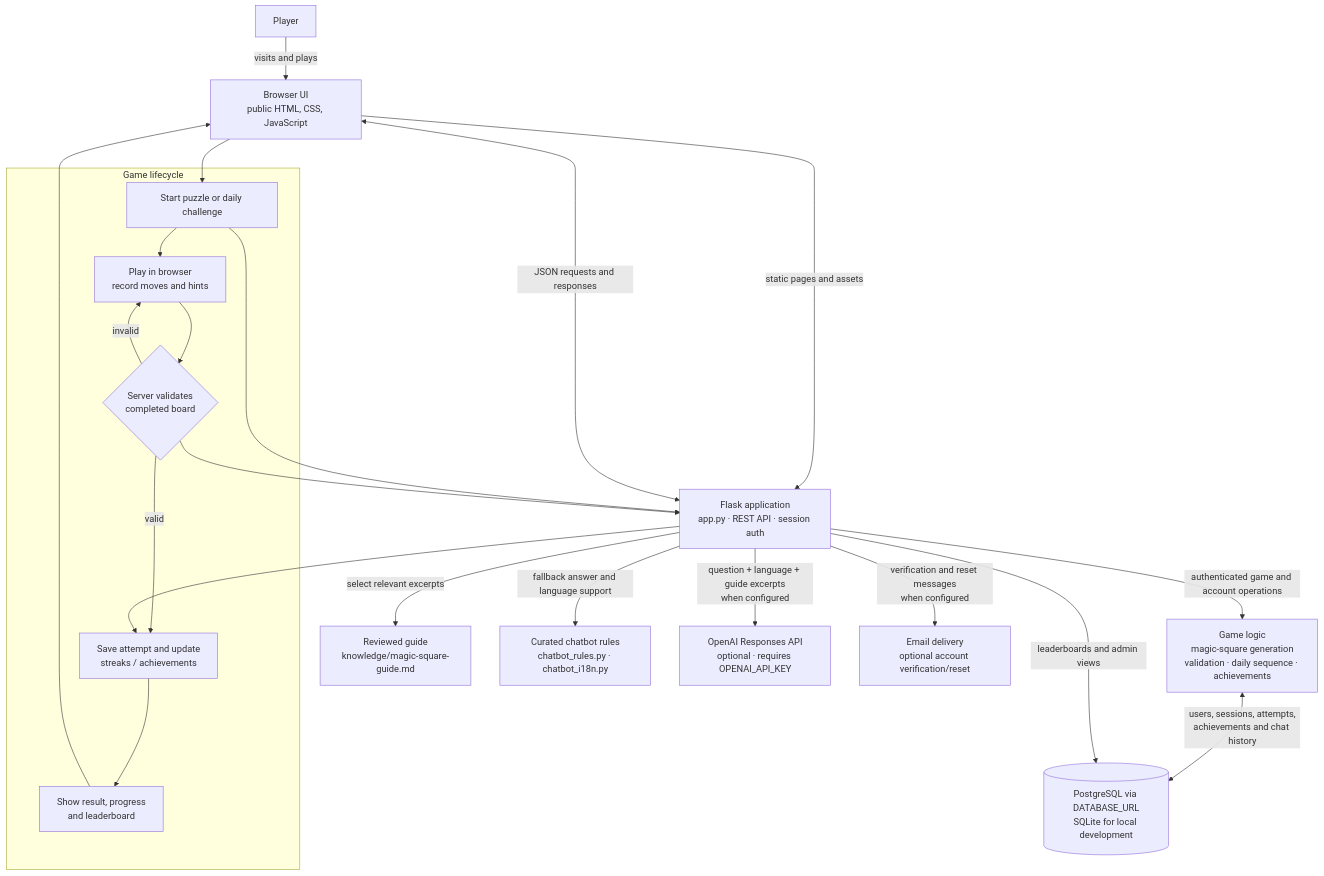
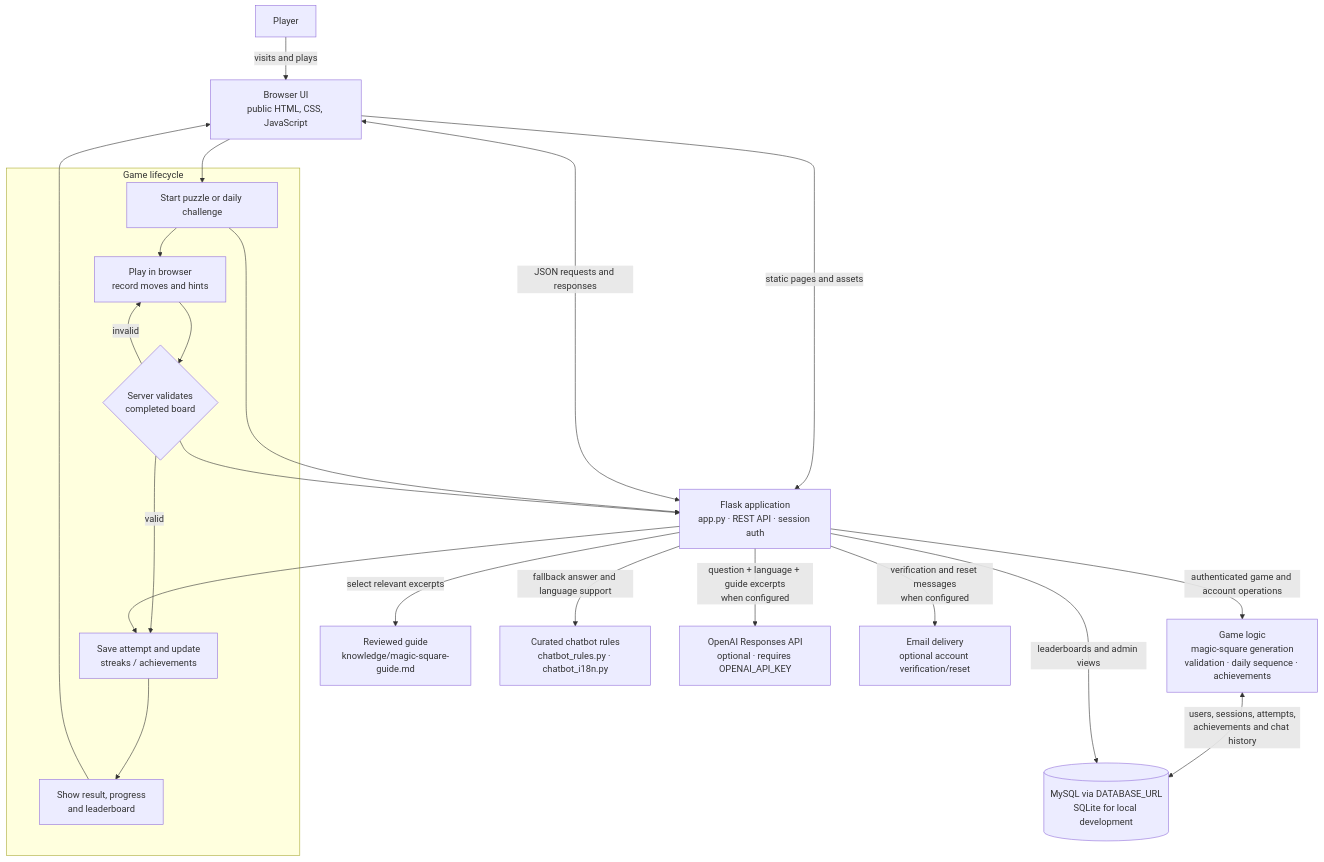
The diagram in SYSTEM_WORKFLOW.md (madhurijambagi/ramanujans-magic-square), drawn with Mermaid before and after one commit. The commit also changed other lines of this file and 7 other files, not shown here.

````diff
--- a/SYSTEM_WORKFLOW.md
+++ b/SYSTEM_WORKFLOW.md
@@ -5,39 +5,39 @@
 ```mermaid
 flowchart TB
     Player[Player]
     Browser[Browser UI<br/>public HTML, CSS, JavaScript]
     API[Flask application<br/>app.py · REST API · session auth]
     Game[Game logic<br/>magic-square generation<br/>validation · daily sequence · achievements]
-    DB[(PostgreSQL via DATABASE_URL<br/>SQLite for local development)]
+    DB[(MySQL via DATABASE_URL<br/>SQLite for local development)]
     Guide[Reviewed guide<br/>knowledge/magic-square-guide.md]
     Rules[Curated chatbot rules<br/>chatbot_rules.py · chatbot_i18n.py]
     OpenAI[OpenAI Responses API<br/>optional · requires OPENAI_API_KEY]
     Mail[Email delivery<br/>optional account verification/reset]
 
     Player -->|visits and plays| Browser
     Browser -->|static pages and assets| API
     Browser <-->|JSON requests and responses| API
     API -->|authenticated game and account operations| Game
     Game <-->|users, sessions, attempts,<br/>achievements and chat history| DB
     API -->|leaderboards and admin views| DB
     API -->|select relevant excerpts| Guide
     API -->|fallback answer and language support| Rules
     API -->|question + language + guide excerpts<br/>when configured| OpenAI
     API -->|verification and reset messages<br/>when configured| Mail
 
     subgraph Game lifecycle
       Start[Start puzzle or daily challenge]
       Solve[Play in browser<br/>record moves and hints]
       Check{Server validates<br/>completed board}
       Save[Save attempt and update<br/>streaks / achievements]
       View[Show result, progress<br/>and leaderboard]
       Start --> Solve --> Check
       Check -->|valid| Save --> View
       Check -->|invalid| Solve
     end
     Browser --> Start
     Start --> API
     Check --> API
     API --> Save
     View --> Browser
 ```
````
